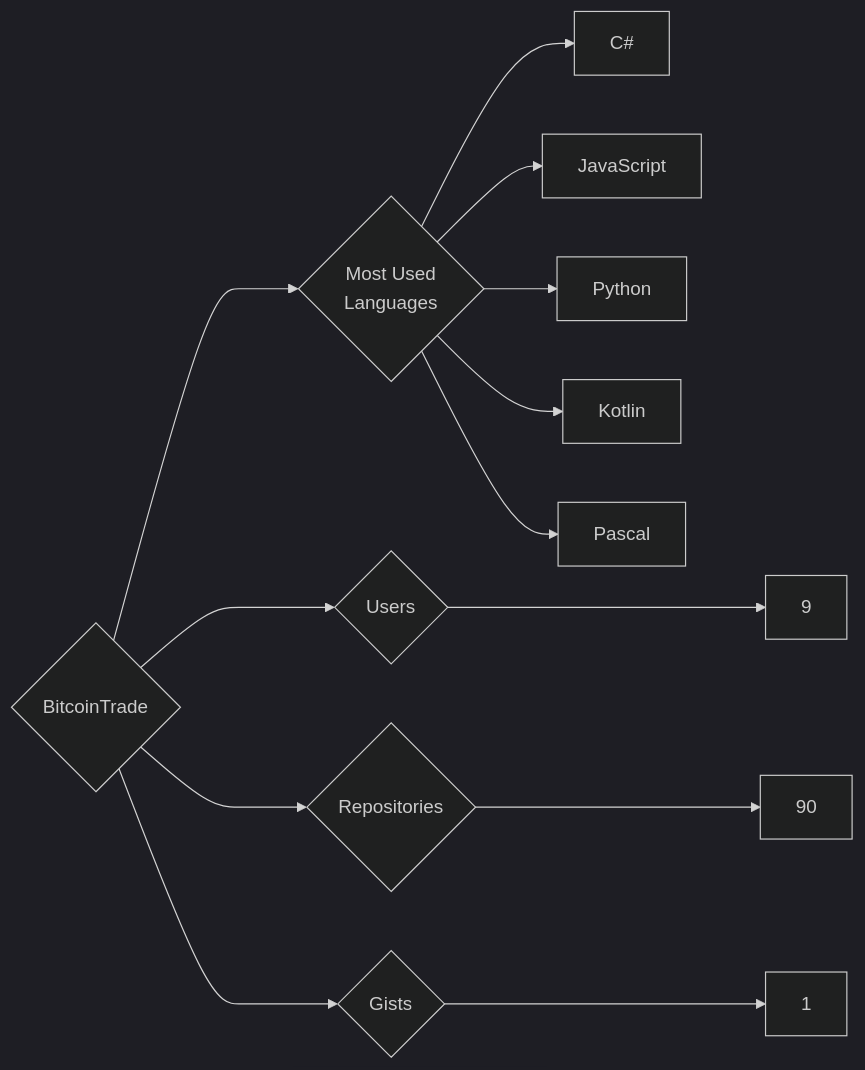
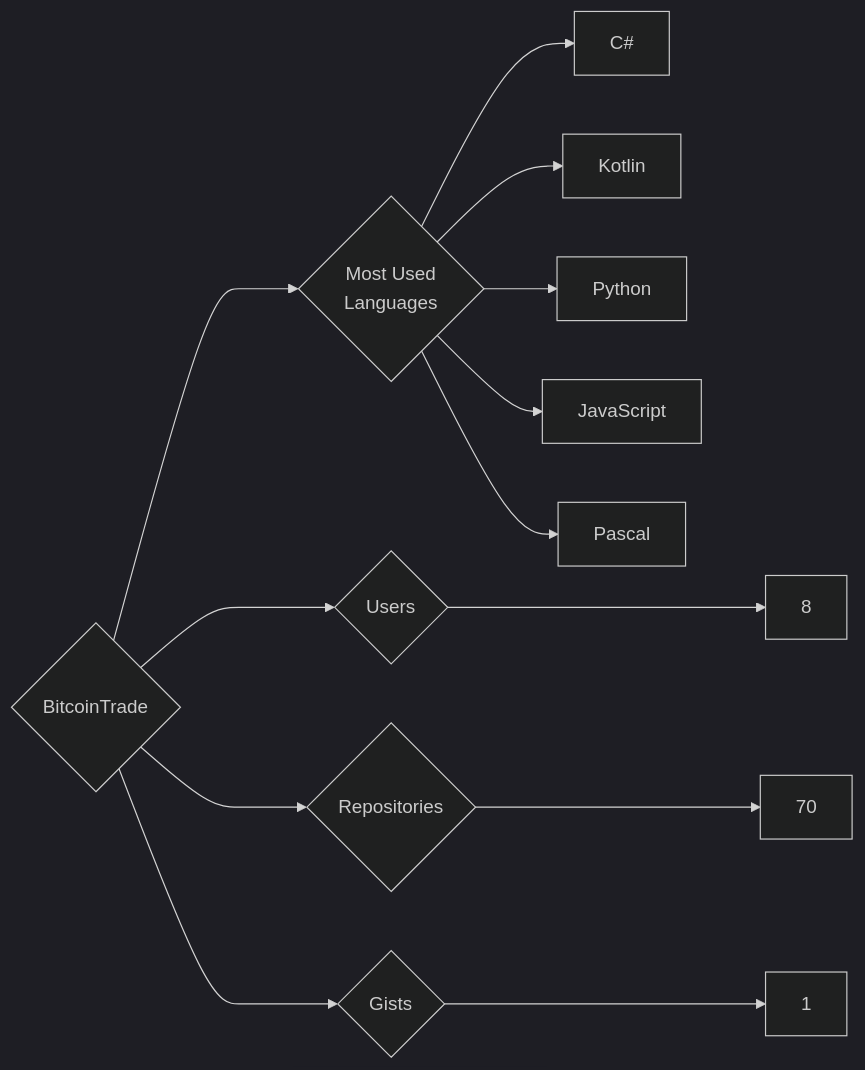
Before and after one commit to trickest/insiders: the diagram in targets/BitcoinTrade/README.md, drawn with Mermaid (dark theme). The commit also changed 1238 other files, not shown here.

````diff
--- a/targets/BitcoinTrade/README.md
+++ b/targets/BitcoinTrade/README.md
@@ -3,13 +3,13 @@
 ```mermaid
 graph LR
 COMPANY_NAME{BitcoinTrade}
-COMPANY_NAME ---> U{Users} ---> UN[9]
-COMPANY_NAME ---> R{Repositories} ---> RN[90]
+COMPANY_NAME ---> U{Users} ---> UN[8]
+COMPANY_NAME ---> R{Repositories} ---> RN[70]
 COMPANY_NAME ---> G{Gists} ---> GN[1]
 COMPANY_NAME ---> ML{Most Used<br>Languages}
 ML --> C#[C#]
+ML --> Kotlin[Kotlin]
+ML --> Python[Python]
 ML --> JavaScript[JavaScript]
-ML --> Python[Python]
-ML --> Kotlin[Kotlin]
 ML --> Pascal[Pascal]
 ```
````
